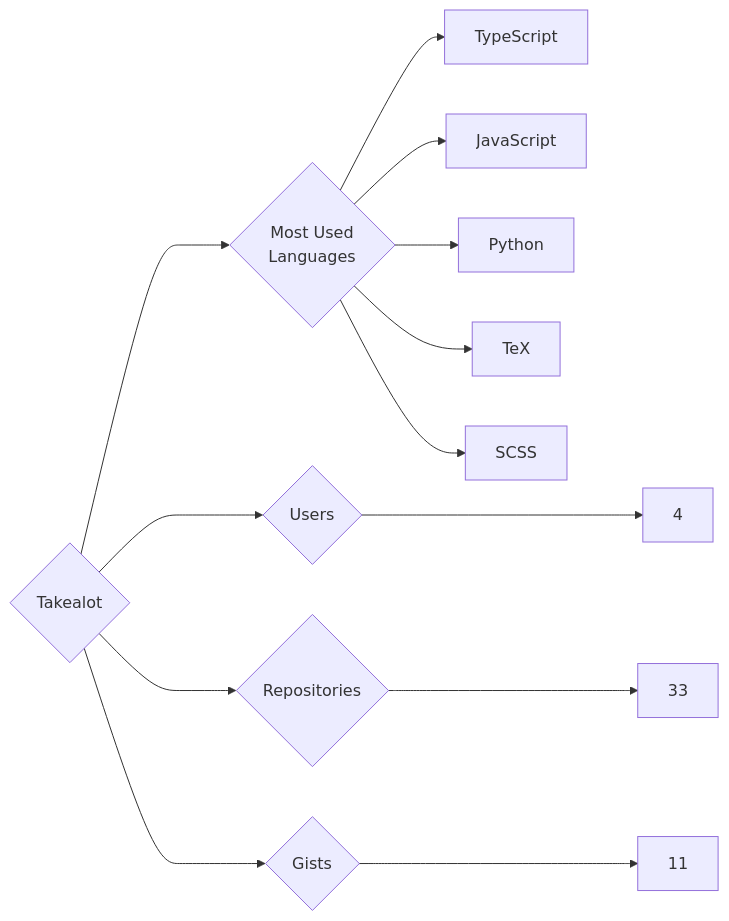
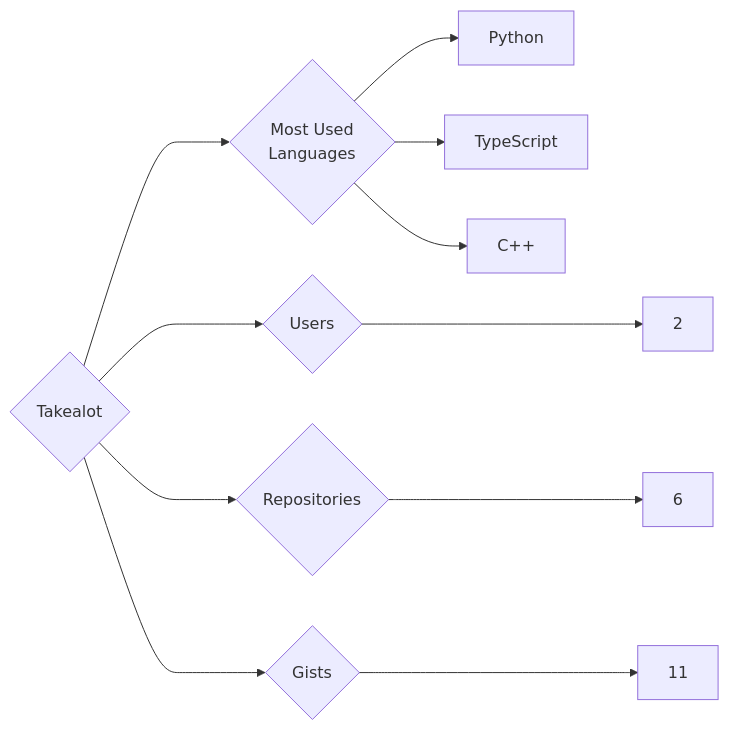
One commit to trickest/insiders changed the diagram in targets/Takealot/README.md. Above: the diagram before and after it, drawn with Mermaid. The commit also changed 797 other files, not shown here.

````diff
--- a/targets/Takealot/README.md
+++ b/targets/Takealot/README.md
@@ -3,13 +3,11 @@
 ```mermaid
 graph LR
 COMPANY_NAME{Takealot}
-COMPANY_NAME ---> U{Users} ---> UN[4]
-COMPANY_NAME ---> R{Repositories} ---> RN[33]
+COMPANY_NAME ---> U{Users} ---> UN[2]
+COMPANY_NAME ---> R{Repositories} ---> RN[6]
 COMPANY_NAME ---> G{Gists} ---> GN[11]
 COMPANY_NAME ---> ML{Most Used<br>Languages}
+ML --> Python[Python]
 ML --> TypeScript[TypeScript]
-ML --> JavaScript[JavaScript]
-ML --> Python[Python]
-ML --> TeX[TeX]
-ML --> SCSS[SCSS]
+ML --> C++[C++]
 ```
````
